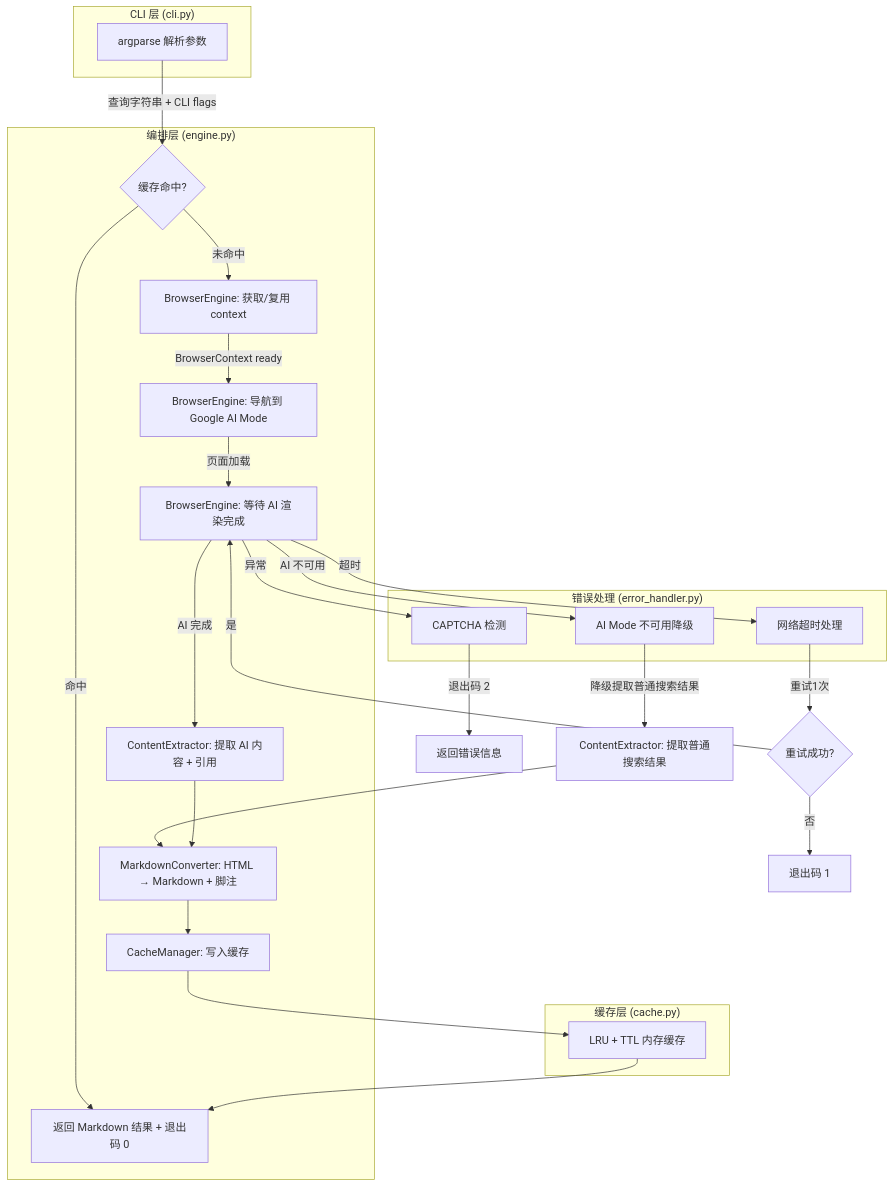
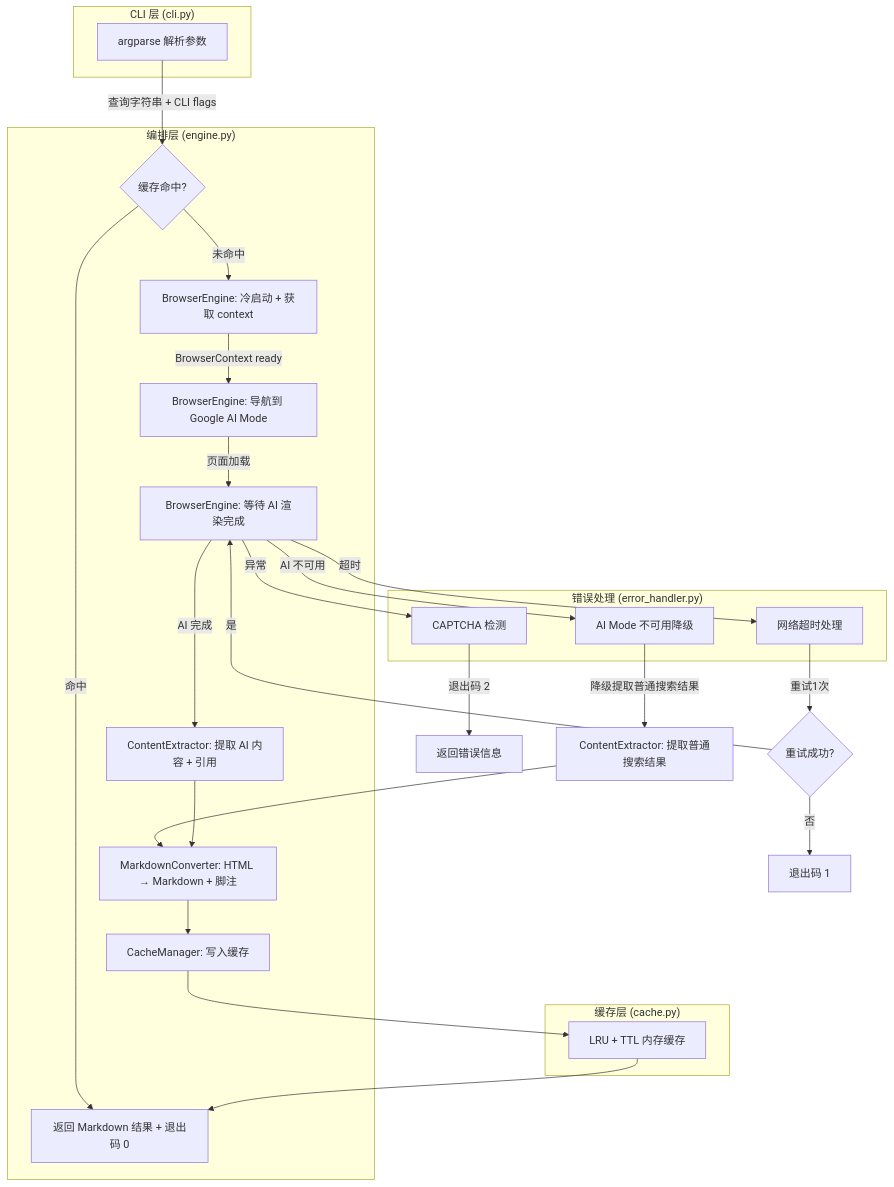
One commit to moyu12-ae/ZeroSearch changed the first of 5 diagrams in .anws/v1/04_SYSTEM_DESIGN/search-engine.md. Above: the diagram before and after it, drawn with Mermaid. The commit also changed other lines of this file and 5 other files, not shown here.

````diff
--- a/.anws/v1/04_SYSTEM_DESIGN/search-engine.md
+++ b/.anws/v1/04_SYSTEM_DESIGN/search-engine.md
@@ -69,50 +69,50 @@
 ```mermaid
 flowchart TB
     subgraph CLI["CLI 层 (cli.py)"]
         A["argparse 解析参数"]
     end
 
     subgraph Orchestrator["编排层 (engine.py)"]
         B{"缓存命中?"}
-        C["BrowserEngine: 获取/复用 context"]
+        C["BrowserEngine: 冷启动 + 获取 context"]
         D["BrowserEngine: 导航到 Google AI Mode"]
         E["BrowserEngine: 等待 AI 渲染完成"]
         F["ContentExtractor: 提取 AI 内容 + 引用"]
         G["MarkdownConverter: HTML → Markdown + 脚注"]
         H["CacheManager: 写入缓存"]
         I["返回 Markdown 结果 + 退出码 0"]
     end
 
     subgraph ErrorHandler["错误处理 (error_handler.py)"]
         J["CAPTCHA 检测"]
         K["网络超时处理"]
         L["AI Mode 不可用降级"]
     end
 
     subgraph Cache["缓存层 (cache.py)"]
         M["LRU + TTL 内存缓存"]
     end
 
     A -->|"查询字符串 + CLI flags"| B
     B -->|"命中"| I
     B -->|"未命中"| C
     C -->|"BrowserContext ready"| D
     D -->|"页面加载"| E
 
     E -->|"异常"| J
     E -->|"超时"| K
     E -->|"AI 不可用"| L
 
     J -->|"退出码 2"| Z1["返回错误信息"]
     K -->|"重试1次"| K2{"重试成功?"}
     K2 -->|"是"| E
     K2 -->|"否"| Z2["退出码 1"]
     L -->|"降级提取普通搜索结果"| F2["ContentExtractor: 提取普通搜索结果"]
 
     E -->|"AI 完成"| F
     F2 --> G
     F --> G
     G --> H
     H --> M
     M --> I
 ```
````
